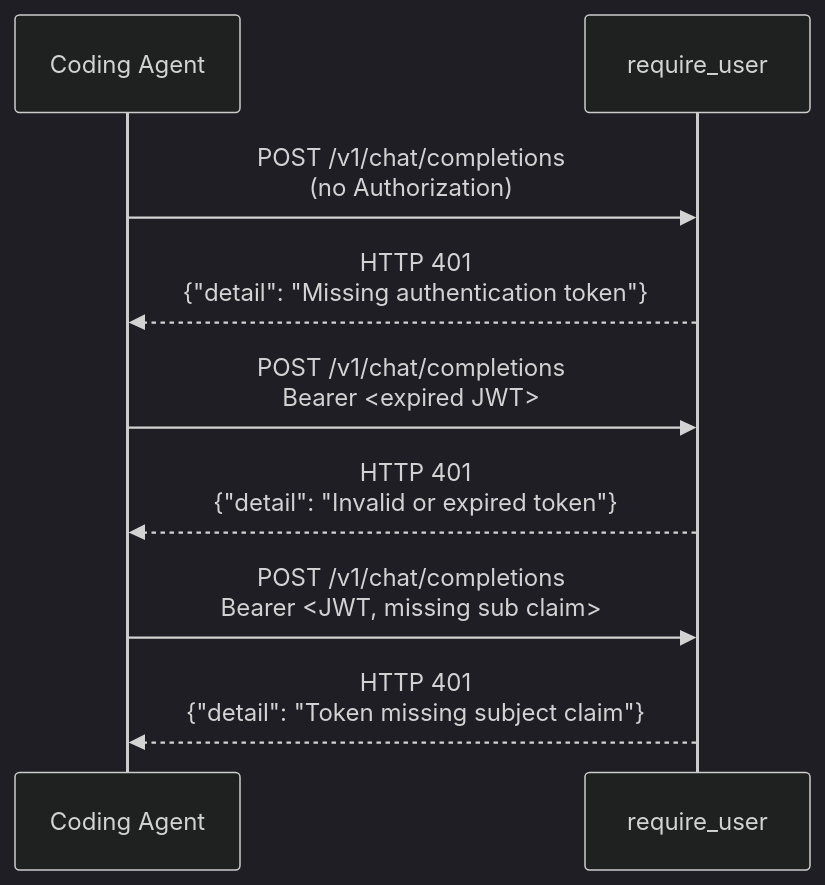
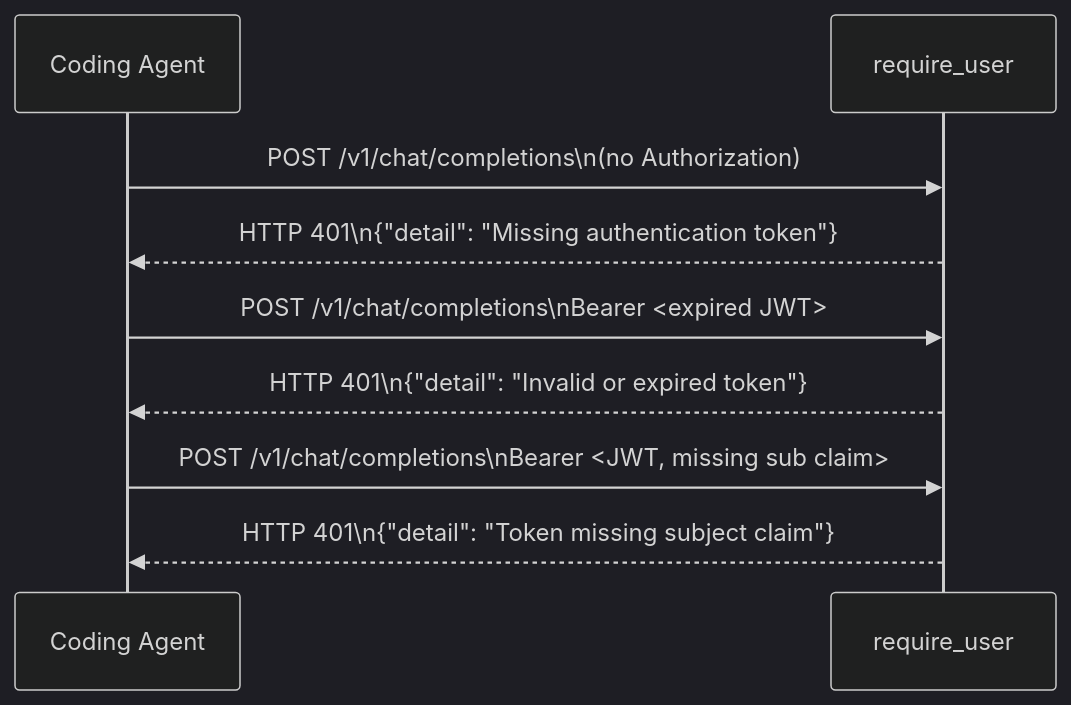
Before and after one commit to lfdesousa/AuditTrace-AI: the third of 4 diagrams in docs/architecture/sequence-chat-completions.md, drawn with Mermaid (dark theme). The commit also changed other lines of this file and 4 other files, not shown here.

First line of the commit message:
fix(docs): replace HTML br tags with Mermaid newlines in sequence diagrams

````diff
--- a/docs/architecture/sequence-chat-completions.md
+++ b/docs/architecture/sequence-chat-completions.md
@@ -143,14 +143,14 @@
 ```mermaid
 sequenceDiagram
     participant Agent as Coding Agent
     participant Auth as require_user
 
-    Agent->>Auth: POST /v1/chat/completions<br/>(no Authorization)
-    Auth-->>Agent: HTTP 401<br/>{"detail": "Missing authentication token"}
+    Agent->>Auth: POST /v1/chat/completions\n(no Authorization)
+    Auth-->>Agent: HTTP 401\n{"detail": "Missing authentication token"}
 
-    Agent->>Auth: POST /v1/chat/completions<br/>Bearer <expired JWT>
-    Auth-->>Agent: HTTP 401<br/>{"detail": "Invalid or expired token"}
+    Agent->>Auth: POST /v1/chat/completions\nBearer <expired JWT>
+    Auth-->>Agent: HTTP 401\n{"detail": "Invalid or expired token"}
 
-    Agent->>Auth: POST /v1/chat/completions<br/>Bearer <JWT, missing sub claim>
-    Auth-->>Agent: HTTP 401<br/>{"detail": "Token missing subject claim"}
+    Agent->>Auth: POST /v1/chat/completions\nBearer <JWT, missing sub claim>
+    Auth-->>Agent: HTTP 401\n{"detail": "Token missing subject claim"}
 ```
````
